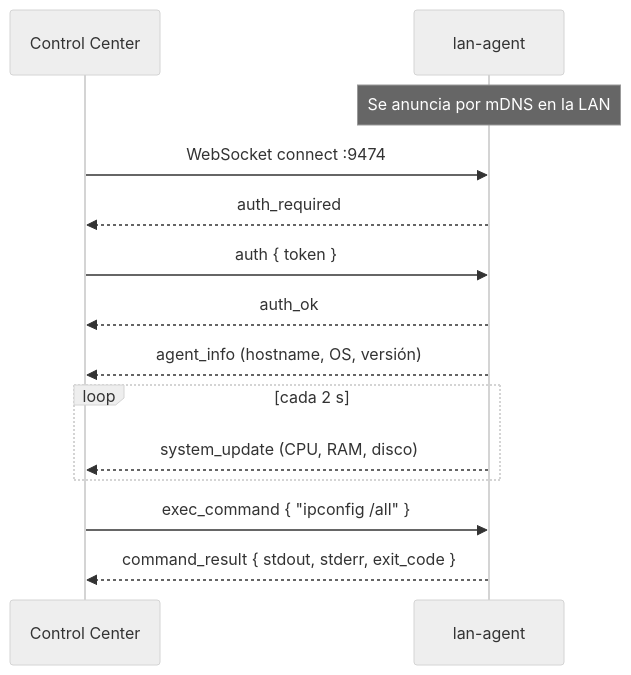
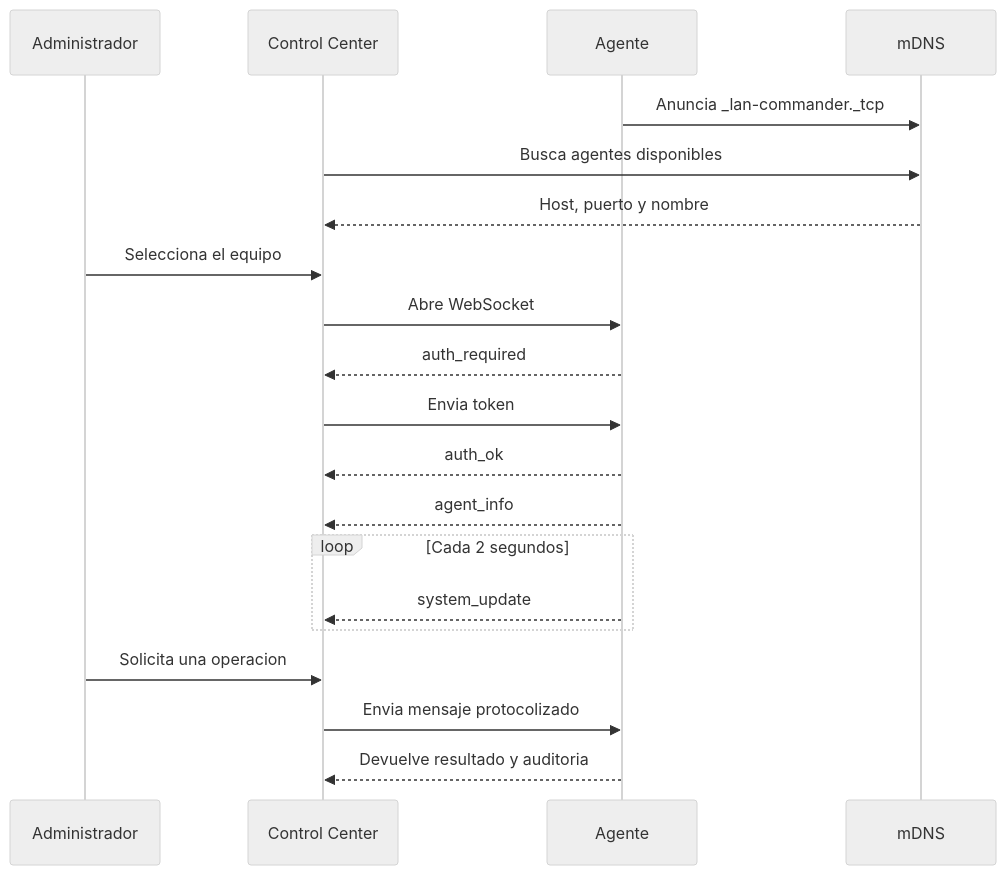
The second of 5 diagrams in README.md (PR3S1G4zZ/lan-commander), drawn with Mermaid (neutral theme) before and after one commit. The commit also changed other lines of this file and 11 other files, not shown here.

````diff
--- a/README.md
+++ b/README.md
@@ -66,17 +111,23 @@
 ```mermaid
 sequenceDiagram
+    participant U as Administrador
     participant CC as Control Center
-    participant Ag as lan-agent
+    participant A as Agente
+    participant M as mDNS
 
-    Note over Ag: Se anuncia por mDNS en la LAN
-    CC->>Ag: WebSocket connect :9474
-    Ag-->>CC: auth_required
-    CC->>Ag: auth { token }
-    Ag-->>CC: auth_ok
-    Ag-->>CC: agent_info (hostname, OS, versión)
-    loop cada 2 s
-        Ag-->>CC: system_update (CPU, RAM, disco)
+    A->>M: Anuncia _lan-commander._tcp
+    CC->>M: Busca agentes disponibles
+    M-->>CC: Host, puerto y nombre
+    U->>CC: Selecciona el equipo
+    CC->>A: Abre WebSocket
+    A-->>CC: auth_required
+    CC->>A: Envia token
+    A-->>CC: auth_ok
+    A-->>CC: agent_info
+    loop Cada 2 segundos
+        A-->>CC: system_update
     end
-    CC->>Ag: exec_command { "ipconfig /all" }
-    Ag-->>CC: command_result { stdout, stderr, exit_code }
+    U->>CC: Solicita una operacion
+    CC->>A: Envia mensaje protocolizado
+    A-->>CC: Devuelve resultado y auditoria
 ```
````
